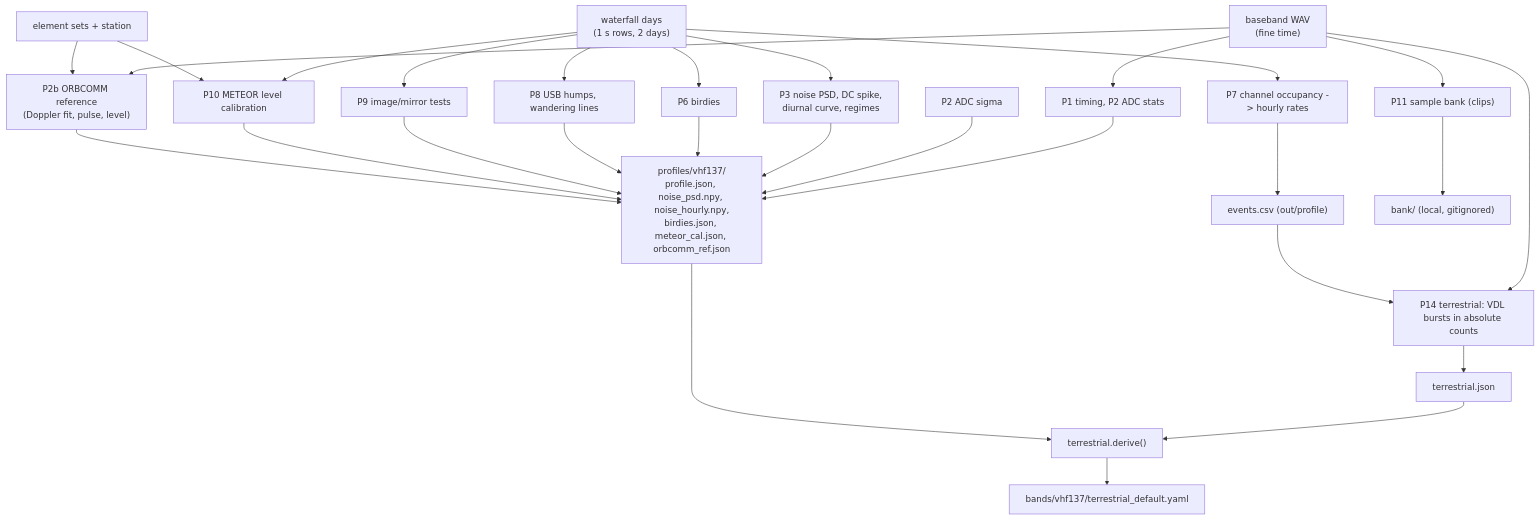
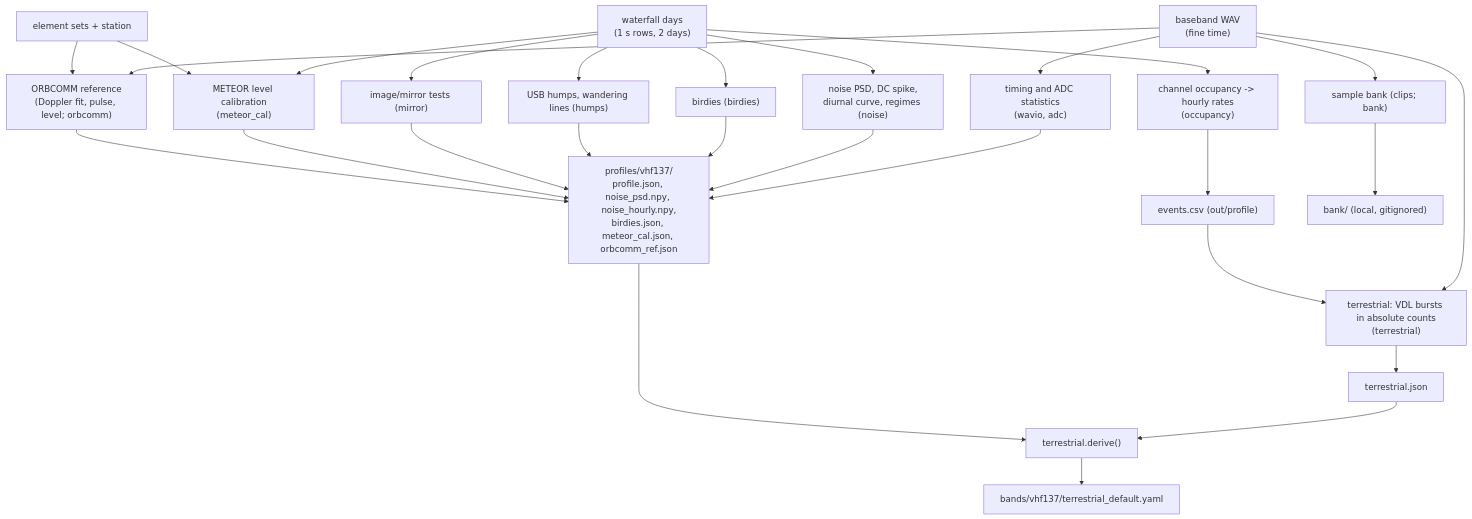
Before and after one commit to BUSH222/ASSIST: diagram 22 of 23 in HOW-IT-WORKS.md, drawn with Mermaid. The commit also changed other lines of this file and 142 other files, not shown here.

````diff
--- a/HOW-IT-WORKS.md
+++ b/HOW-IT-WORKS.md
@@ -1981,31 +2090,30 @@
 ```mermaid
 flowchart TD
-    WAV["baseband WAV<br/>(fine time)"] --> P1["P1 timing, P2 ADC stats"]
-    WAV --> P2B["P2b ORBCOMM reference<br/>(Doppler fit, pulse, level)"]
-    WAV --> P11["P11 sample bank (clips)"]
-    WAV --> P14["P14 terrestrial: VDL bursts in absolute counts"]
-    RAW["waterfall days<br/>(1 s rows, 2 days)"] --> P3["P3 noise PSD, DC spike,<br/>diurnal curve, regimes"]
-    RAW --> P6["P6 birdies"]
-    RAW --> P7["P7 channel occupancy -> hourly rates"]
-    RAW --> P8["P8 USB humps, wandering lines"]
-    RAW --> P9["P9 image/mirror tests"]
-    RAW --> P10["P10 METEOR level calibration"]
-    EL["element sets + station"] --> P10
-    EL --> P2B
-    P1 --> OUT
-    P2["P2 ADC sigma"] --> OUT
-    P3 --> OUT
-    P6 --> OUT
-    P7 --> EV["events.csv (out/profile)"]
-    P8 --> OUT
-    P9 --> OUT
-    P10 --> OUT
-    P2B --> OUT
-    P11 --> BANK["bank/ (local, gitignored)"]
-    EV --> P14
-    P14 --> TJ["terrestrial.json"]
+    WAV["baseband WAV<br/>(fine time)"] --> ADC["timing and ADC statistics<br/>(wavio, adc)"]
+    WAV --> ORB["ORBCOMM reference<br/>(Doppler fit, pulse, level; orbcomm)"]
+    WAV --> CLIPS["sample bank (clips; bank)"]
+    WAV --> TERR["terrestrial: VDL bursts in absolute counts<br/>(terrestrial)"]
+    RAW["waterfall days<br/>(1 s rows, 2 days)"] --> NOISE["noise PSD, DC spike,<br/>diurnal curve, regimes (noise)"]
+    RAW --> BIRD["birdies (birdies)"]
+    RAW --> OCC["channel occupancy -> hourly rates<br/>(occupancy)"]
+    RAW --> HUMPS["USB humps, wandering lines (humps)"]
+    RAW --> MIRROR["image/mirror tests (mirror)"]
+    RAW --> MCAL["METEOR level calibration<br/>(meteor_cal)"]
+    EL["element sets + station"] --> MCAL
+    EL --> ORB
+    ADC --> OUT
+    NOISE --> OUT
+    BIRD --> OUT
+    OCC --> EV["events.csv (out/profile)"]
+    HUMPS --> OUT
+    MIRROR --> OUT
+    MCAL --> OUT
+    ORB --> OUT
+    CLIPS --> BANK["bank/ (local, gitignored)"]
+    EV --> TERR
+    TERR --> TJ["terrestrial.json"]
     OUT["profiles/vhf137/<br/>profile.json, noise_psd.npy, noise_hourly.npy,<br/>birdies.json, meteor_cal.json, orbcomm_ref.json"]
     TJ --> DERIVE
     OUT --> DERIVE["terrestrial.derive()"]
     DERIVE --> BANDYAML["bands/vhf137/terrestrial_default.yaml"]
 ```
````
